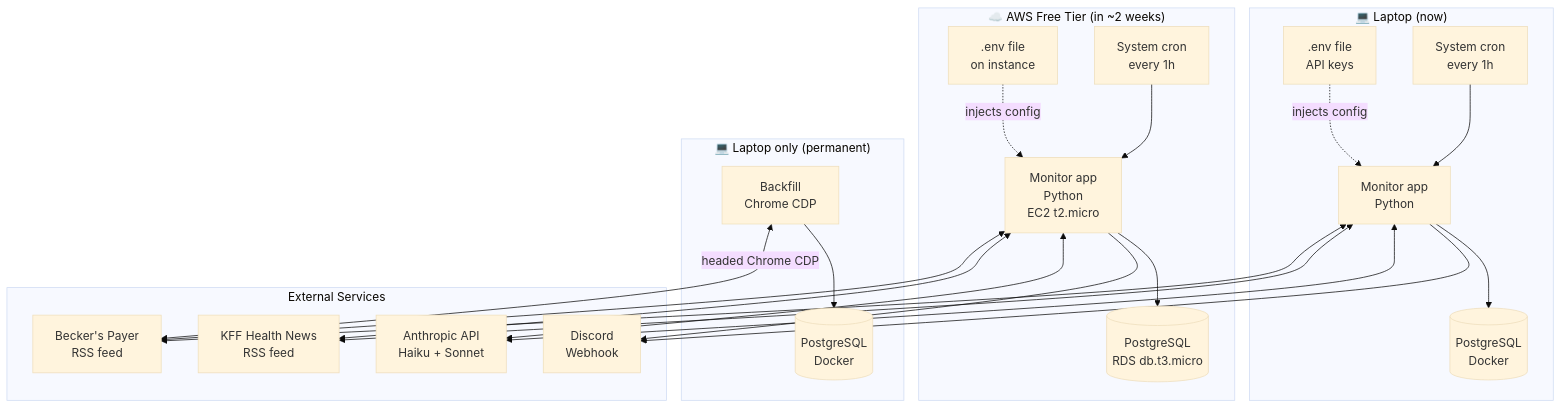
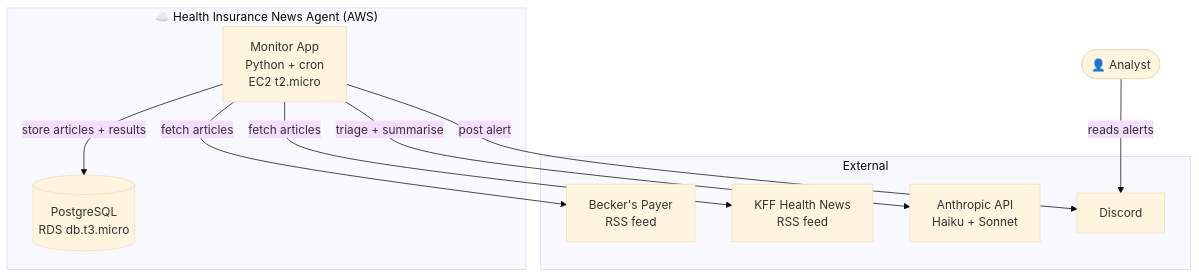
The second of 3 diagrams in docs/specs/phase3-design.md (ericlow/Health-Insurance-News-Agent), drawn with Mermaid (base theme) before and after one commit. The commit also changed other lines of this file, not shown here.

Commit message:
docs: split system context into separate laptop and AWS diagrams

````diff
--- a/docs/specs/phase3-design.md
+++ b/docs/specs/phase3-design.md
@@ -17,47 +48,23 @@
 ```mermaid
 flowchart TD
-    subgraph laptop["💻 Laptop (now)"]
-        CRON_L[System cron\nevery 1h]
-        APP_L[Monitor app\nPython]
-        PG_L[(PostgreSQL\nDocker)]
-        ENV_L[.env file\nAPI keys]
+    USER([👤 Analyst])
+
+    subgraph system["☁️ Health Insurance News Agent (AWS)"]
+        MON[Monitor App\nPython + cron\nEC2 t2.micro]
+        PG[(PostgreSQL\nRDS db.t3.micro)]
     end
 
-    subgraph aws["☁️ AWS Free Tier (in ~2 weeks)"]
-        CRON_A[System cron\nevery 1h]
-        APP_A[Monitor app\nPython\nEC2 t2.micro]
-        PG_A[(PostgreSQL\nRDS db.t3.micro)]
-        ENV_A[.env file\non instance]
-    end
-
-    subgraph laptop_only["💻 Laptop only (permanent)"]
-        BACKFILL[Backfill\nChrome CDP]
-        PG_L2[(PostgreSQL\nDocker)]
-    end
-
-    subgraph external["External Services"]
+    subgraph external["External"]
         BECKERS[Becker's Payer\nRSS feed]
         KFF[KFF Health News\nRSS feed]
         ANTHROPIC[Anthropic API\nHaiku + Sonnet]
-        DISCORD[Discord\nWebhook]
+        DISCORD[Discord]
     end
 
-    CRON_L --> APP_L
-    APP_L --> PG_L
-    APP_L <--> BECKERS
-    APP_L <--> KFF
-    APP_L <--> ANTHROPIC
-    APP_L --> DISCORD
-    ENV_L -.->|injects config| APP_L
-
-    CRON_A --> APP_A
-    APP_A --> PG_A
-    APP_A <--> BECKERS
-    APP_A <--> KFF
-    APP_A <--> ANTHROPIC
-    APP_A --> DISCORD
-    ENV_A -.->|injects config| APP_A
-
-    BACKFILL --> PG_L2
-    BACKFILL <-->|headed Chrome CDP| BECKERS
+    USER -->|reads alerts| DISCORD
+    MON -->|fetch articles| BECKERS
+    MON -->|fetch articles| KFF
+    MON -->|triage + summarise| ANTHROPIC
+    MON -->|store articles + results| PG
+    MON -->|post alert| DISCORD
 ```
````
